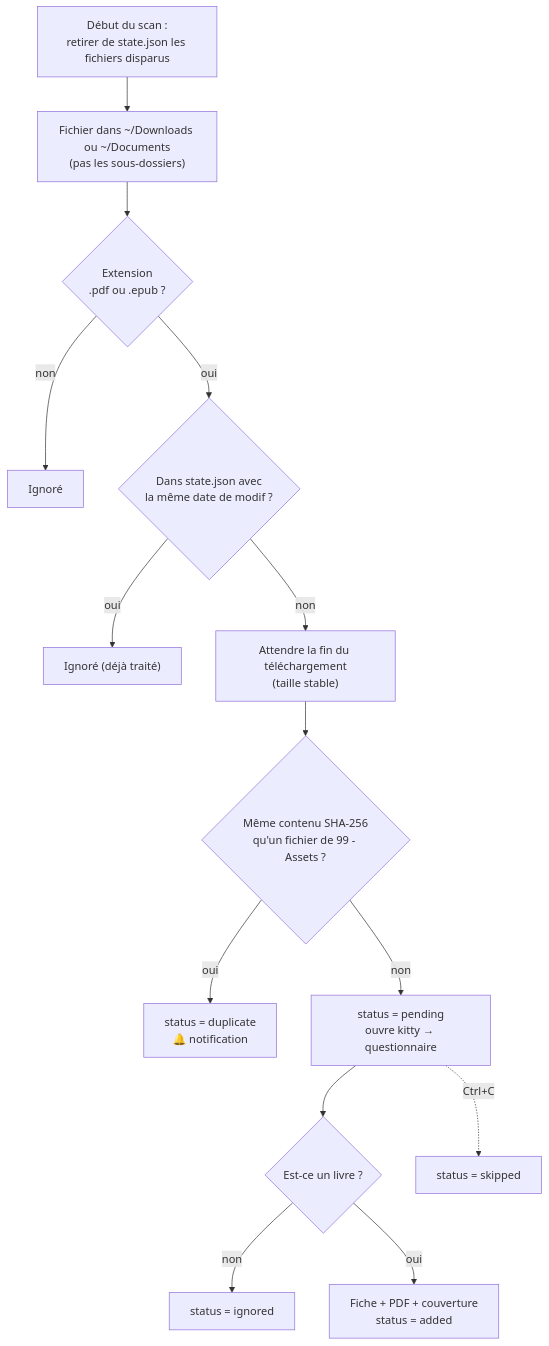
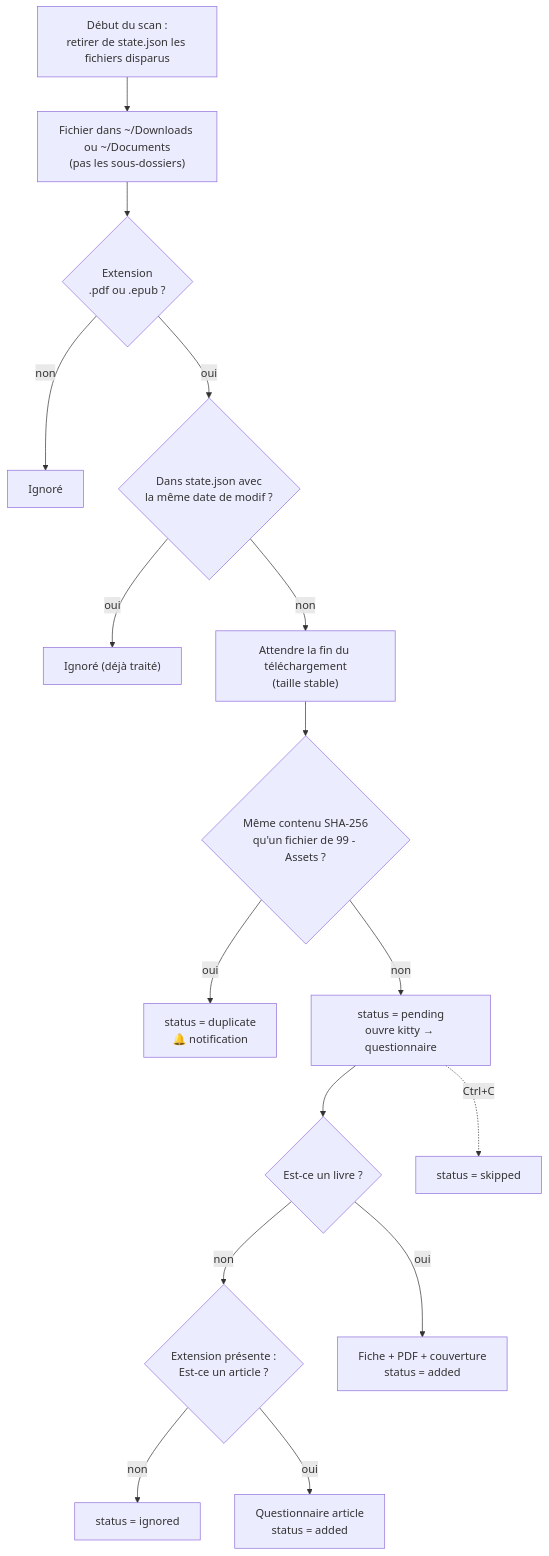
One commit to BriceSIOU/obsidian-library-importer changed the third of 4 diagrams in docs/Bibliothèque - Service d'import automatique.md. Above: the diagram before and after it, drawn with Mermaid. The commit also changed other lines of this file and 1 other file, not shown here.

Commit message:
Crochet offer après non livre

````diff
--- a/docs/Bibliothèque - Service d'import automatique.md
+++ b/docs/Bibliothèque - Service d'import automatique.md
@@ -125,16 +125,18 @@
 ```mermaid
 flowchart TD
     Z["Début du scan :<br/>retirer de state.json les fichiers disparus"] --> A
     A["Fichier dans ~/Downloads ou ~/Documents<br/>(pas les sous-dossiers)"] --> B{"Extension<br/>.pdf ou .epub ?"}
     B -- non --> X1["Ignoré"]
     B -- oui --> C{"Dans state.json avec<br/>la même date de modif ?"}
     C -- oui --> X2["Ignoré (déjà traité)"]
     C -- non --> D["Attendre la fin du téléchargement<br/>(taille stable)"]
     D --> E{"Même contenu SHA-256<br/>qu'un fichier de 99 - Assets ?"}
     E -- oui --> F["status = duplicate<br/>🔔 notification"]
     E -- non --> G["status = pending<br/>ouvre kitty → questionnaire"]
     G --> H{"Est-ce un livre ?"}
-    H -- non --> I["status = ignored"]
+    H -- non --> H2{"Extension présente :<br/>Est-ce un article ?"}
+    H2 -- non --> I["status = ignored"]
+    H2 -- oui --> H3["Questionnaire article<br/>status = added"]
     H -- oui --> J["Fiche + PDF + couverture<br/>status = added"]
     G -. "Ctrl+C" .-> K["status = skipped"]
 ```
````
